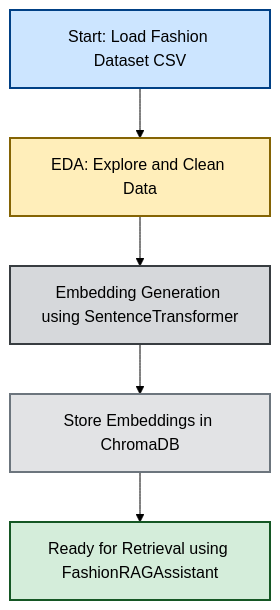
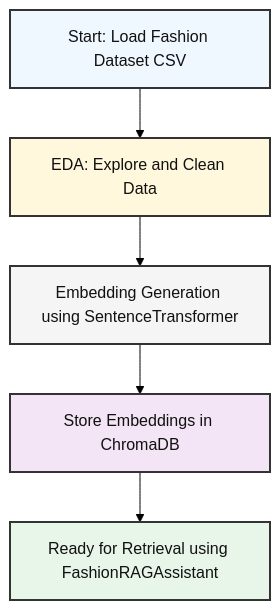
Before and after one commit to dsharma3/FashionAIRAGAssistant: the first of 2 diagrams in README.md, drawn with Mermaid (forest theme). The commit also changed other lines of this file, not shown here.

````diff
--- a/README.md
+++ b/README.md
@@ -97,13 +97,13 @@
 ```mermaid
 graph TD
     A[Start: Load Fashion Dataset CSV] --> B[EDA: Explore and Clean Data]
     B --> C[Embedding Generation using SentenceTransformer]
     C --> D[Store Embeddings in ChromaDB]
     D --> E[Ready for Retrieval using FashionRAGAssistant]
 
-    style A fill:#cce5ff,stroke:#004085,stroke-width:2px
-    style B fill:#ffeeba,stroke:#856404,stroke-width:2px
-    style C fill:#d6d8db,stroke:#383d41,stroke-width:2px
-    style D fill:#e2e3e5,stroke:#6c757d,stroke-width:2px
-    style E fill:#d4edda,stroke:#155724,stroke-width:2px
+    style A fill:#f0f8ff,color:#111,stroke:#333,stroke-width:2px
+    style B fill:#fff8dc,color:#111,stroke:#333,stroke-width:2px
+    style C fill:#f5f5f5,color:#111,stroke:#333,stroke-width:2px
+    style D fill:#f3e5f5,color:#111,stroke:#333,stroke-width:2px
+    style E fill:#e8f5e9,color:#111,stroke:#333,stroke-width:2px
 ```
````
